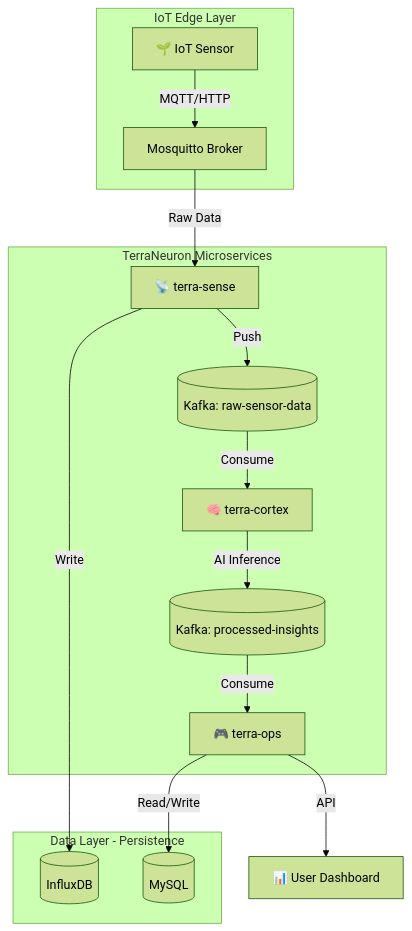
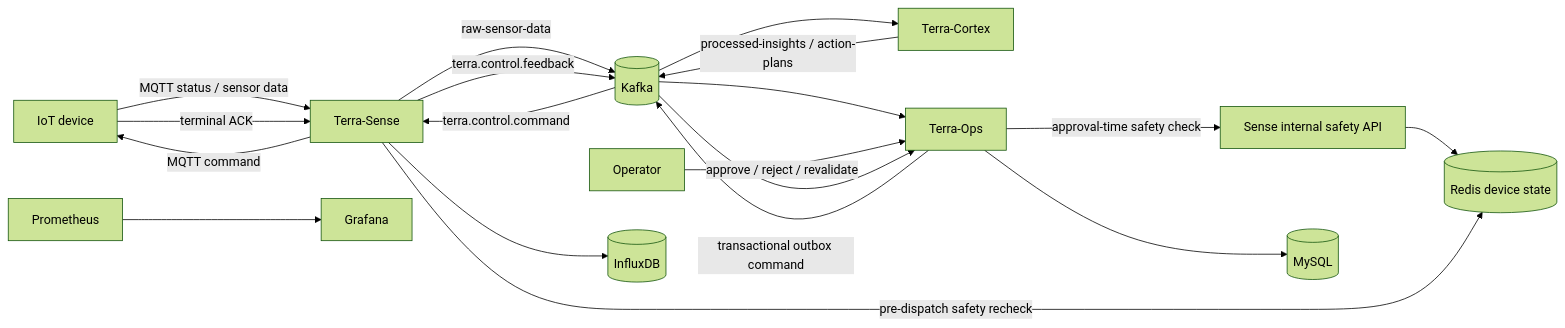
The diagram in README.md (joeylife94/terraneuron-smartfarm-platform), drawn with Mermaid (forest theme) before and after one commit. The commit also changed other lines of this file and 3 other files, not shown here.

First line of the commit message:
docs: reconcile project status after device safety gate (#45)

````diff
--- a/README.md
+++ b/README.md
@@ -39,21 +22,23 @@
 ```mermaid
-graph TD
-    subgraph Edge["IoT Edge Layer"]
-        Sensor[🌱 IoT Sensor] -->|MQTT/HTTP| Mosquitto[Mosquitto Broker]
-    end
+flowchart LR
+    Device[IoT device] -->|MQTT status / sensor data| Sense[Terra-Sense]
+    Sense -->|raw-sensor-data| Kafka[(Kafka)]
+    Kafka --> Cortex[Terra-Cortex]
+    Cortex -->|processed-insights / action-plans| Kafka
+    Kafka --> Ops[Terra-Ops]
+    Operator[Operator] -->|approve / reject / revalidate| Ops
 
-    subgraph Core["TerraNeuron Microservices"]
-        Mosquitto -->|Raw Data| Sense[📡 terra-sense]
-        Sense -->|Push| Kafka1[(Kafka: raw-sensor-data)]
-        Kafka1 -->|Consume| Cortex[🧠 terra-cortex]
-        Cortex -->|AI Inference| Kafka2[(Kafka: processed-insights)]
-        Kafka2 -->|Consume| Ops[🎮 terra-ops]
-    end
+    Ops -->|approval-time safety check| SenseSafety[Sense internal safety API]
+    SenseSafety --> Redis[(Redis device state)]
+    Ops -->|transactional outbox command| Kafka
+    Kafka -->|terra.control.command| Sense
+    Sense -->|pre-dispatch safety recheck| Redis
+    Sense -->|MQTT command| Device
+    Device -->|terminal ACK| Sense
+    Sense -->|terra.control.feedback| Kafka
+    Kafka --> Ops
 
-    subgraph Data["Data Layer - Persistence"]
-        Sense -->|Write| Influx[(InfluxDB)]
-        Ops -->|Read/Write| MySQL[(MySQL)]
-    end
-
-    Ops -->|API| Dash[📊 User Dashboard]
+    Sense --> Influx[(InfluxDB)]
+    Ops --> MySQL[(MySQL)]
+    Prometheus[Prometheus] --> Grafana[Grafana]
 ```
````
